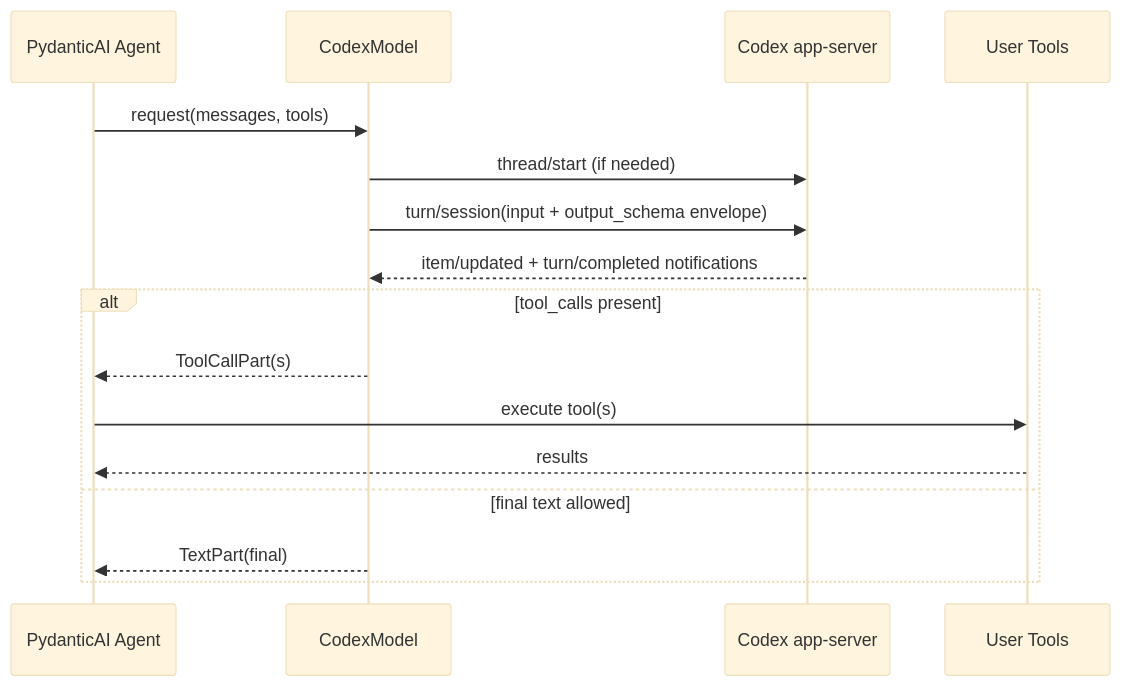
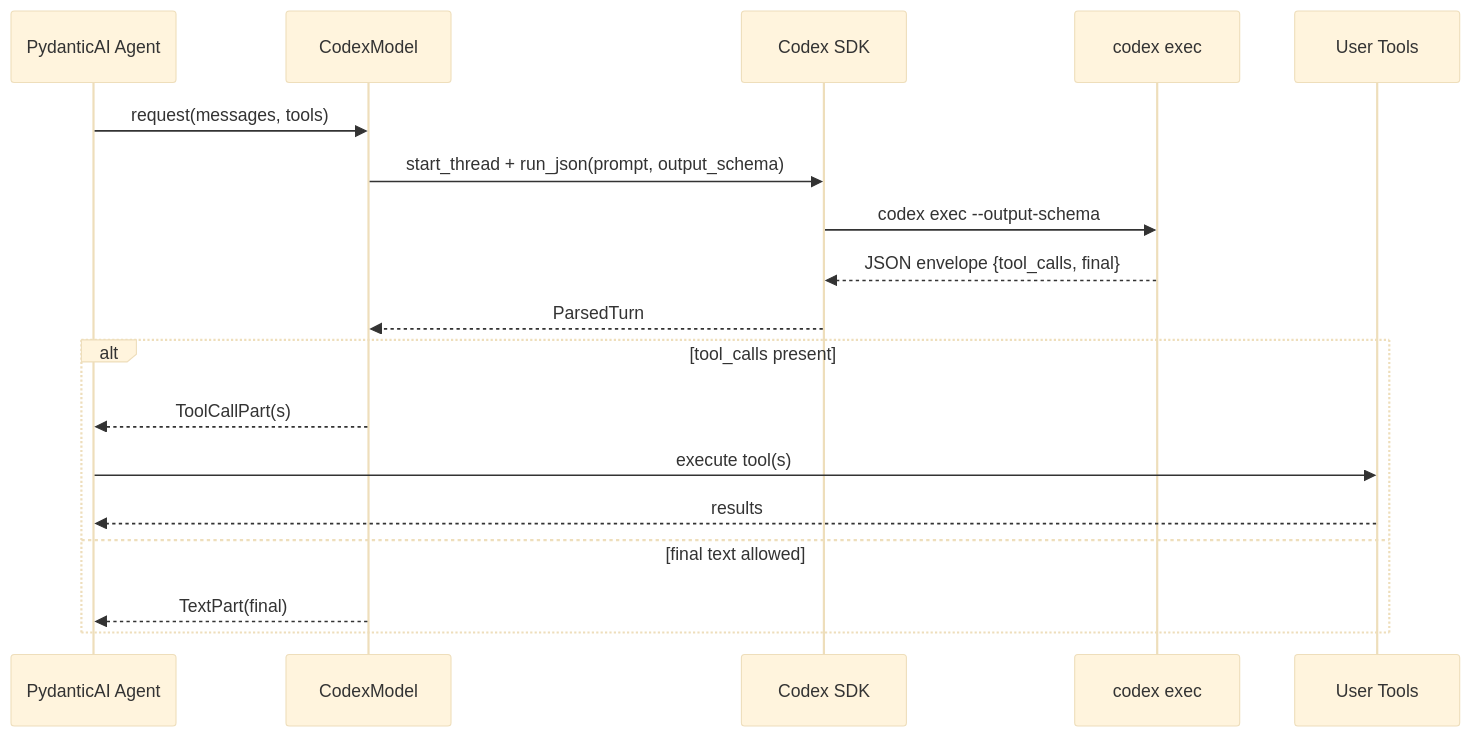
Before and after one commit to vectorfy-co/codex-sdk-python: the third of 4 diagrams in README.md, drawn with Mermaid (base theme). The commit also changed other lines of this file and 7 other files, not shown here.

Commit message:
Sync SDK to Codex 0.107.0

````diff
--- a/README.md
+++ b/README.md
@@ -839,19 +761,21 @@
 ```mermaid
 sequenceDiagram
   participant Agent as PydanticAI Agent
   participant Model as CodexModel
-  participant App as Codex app-server
+  participant SDK as Codex SDK
+  participant CLI as codex exec
   participant Tools as User Tools
 
   Agent->>Model: request(messages, tools)
-  Model->>App: thread/start (if needed)
-  Model->>App: turn/session(input + output_schema envelope)
-  App-->>Model: item/updated + turn/completed notifications
+  Model->>SDK: start_thread + run_json(prompt, output_schema)
+  SDK->>CLI: codex exec --output-schema
+  CLI-->>SDK: JSON envelope {tool_calls, final}
+  SDK-->>Model: ParsedTurn
   alt tool_calls present
     Model-->>Agent: ToolCallPart(s)
     Agent->>Tools: execute tool(s)
     Tools-->>Agent: results
   else final text allowed
     Model-->>Agent: TextPart(final)
   end
 ```
````
